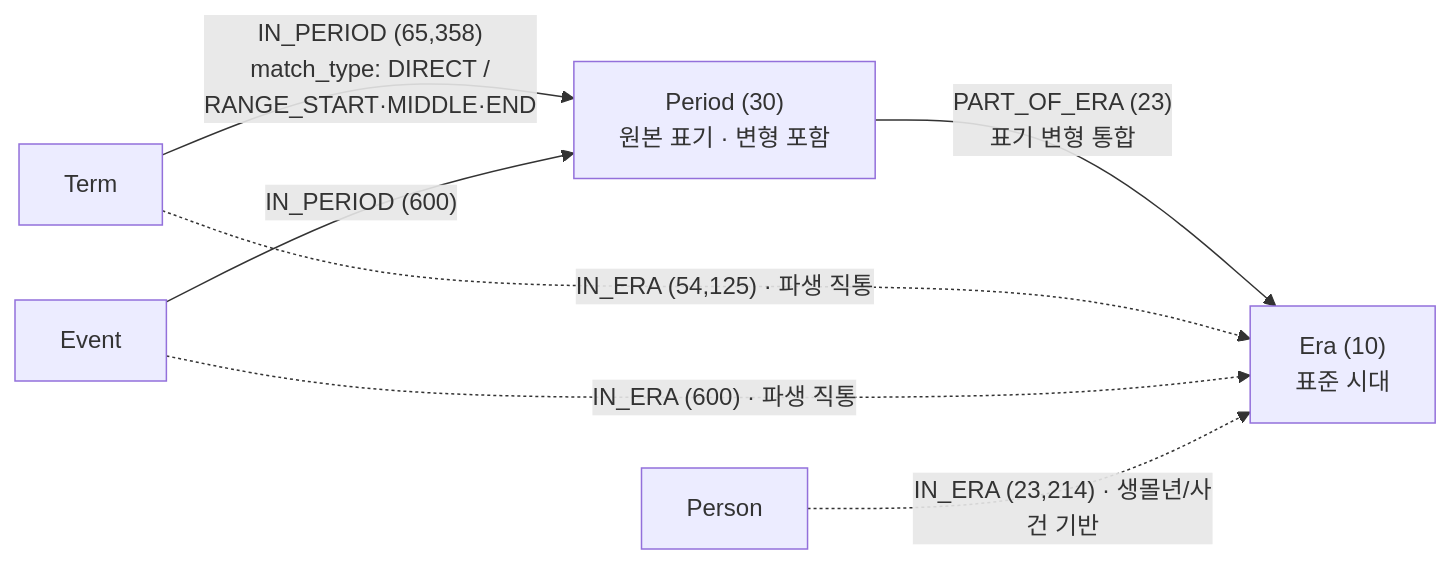
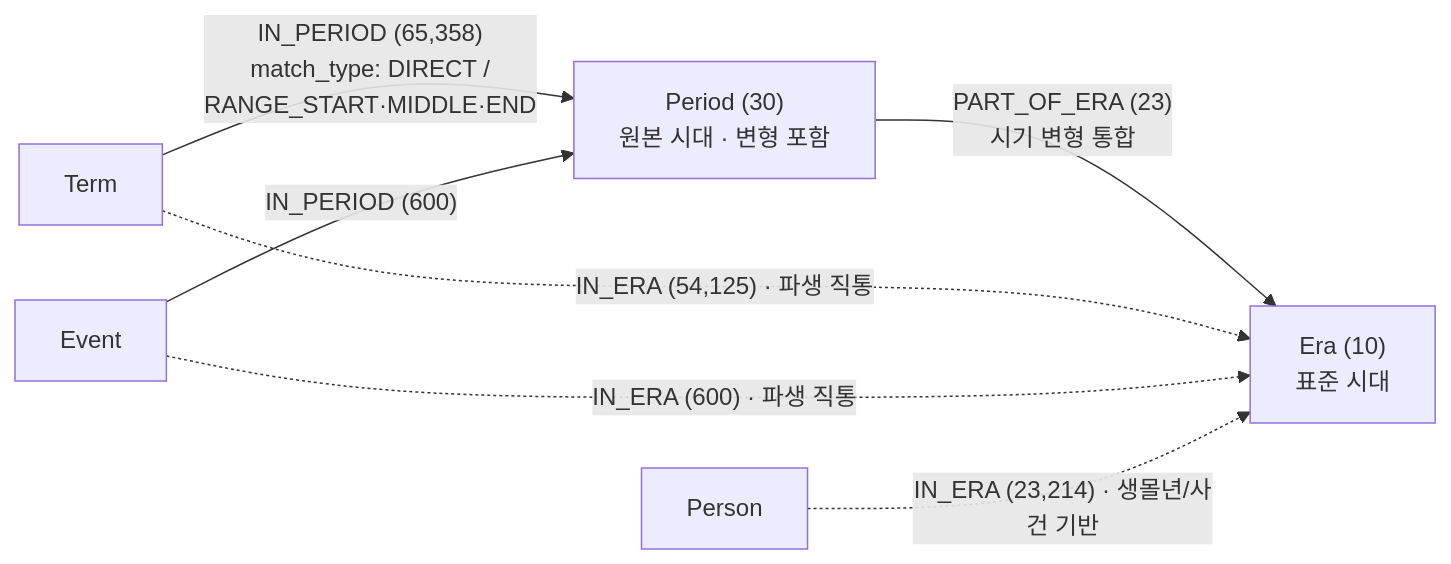
One commit to SKNETWORKS-FAMILY-AICAMP/SKN27-FINAL-2Team changed the fifth of 7 diagrams in docs/neo4j/neo4j_그래프_스키마_mermaid.md. Above: the diagram before and after it, drawn with Mermaid. The commit also changed other lines of this file and 11 other files, not shown here.

````diff
--- a/docs/neo4j/neo4j_그래프_스키마_mermaid.md
+++ b/docs/neo4j/neo4j_그래프_스키마_mermaid.md
@@ -154,15 +158,15 @@
 ```mermaid
 flowchart LR
     Term["Term"]
     Event["Event"]
     Person["Person"]
-    Period["Period (30)<br/>원본 표기 · 변형 포함"]
+    Period["Period (30)<br/>원본 시대 · 변형 포함"]
     Era["Era (10)<br/>표준 시대"]
 
     Term -->|"IN_PERIOD (65,358)<br/>match_type: DIRECT /<br/>RANGE_START·MIDDLE·END"| Period
     Event -->|"IN_PERIOD (600)"| Period
-    Period -->|"PART_OF_ERA (23)<br/>표기 변형 통합"| Era
+    Period -->|"PART_OF_ERA (23)<br/>시기 변형 통합"| Era
     Term -.->|"IN_ERA (54,125) · 파생 직통"| Era
     Event -.->|"IN_ERA (600) · 파생 직통"| Era
     Person -.->|"IN_ERA (23,214) · 생몰년/사건 기반"| Era
 ```
````
